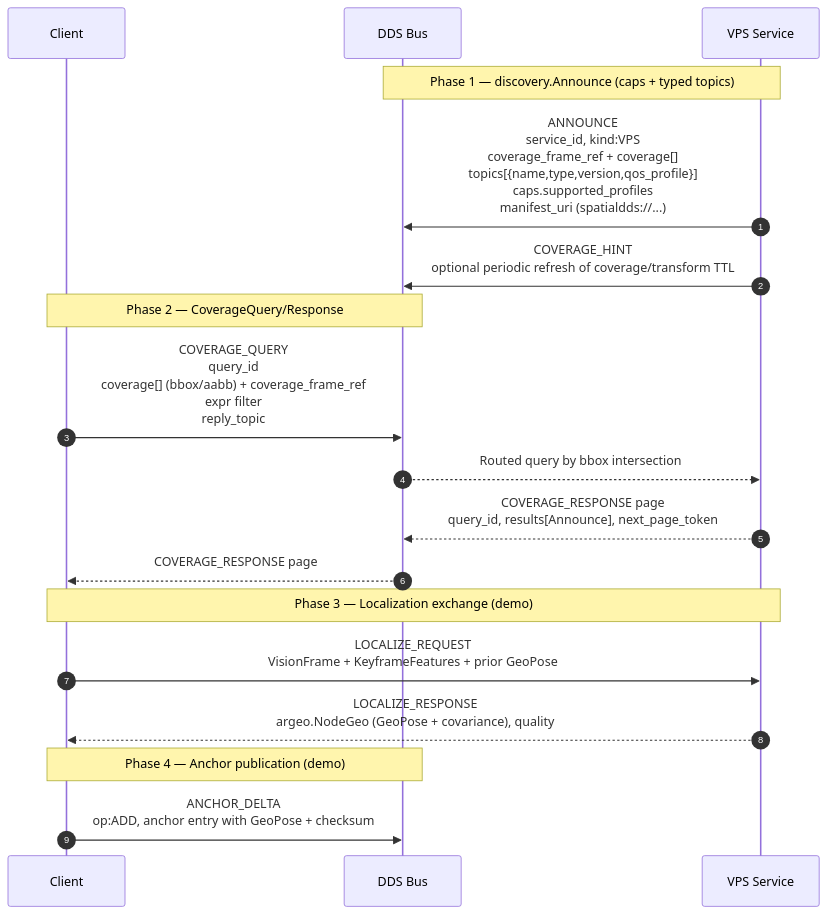
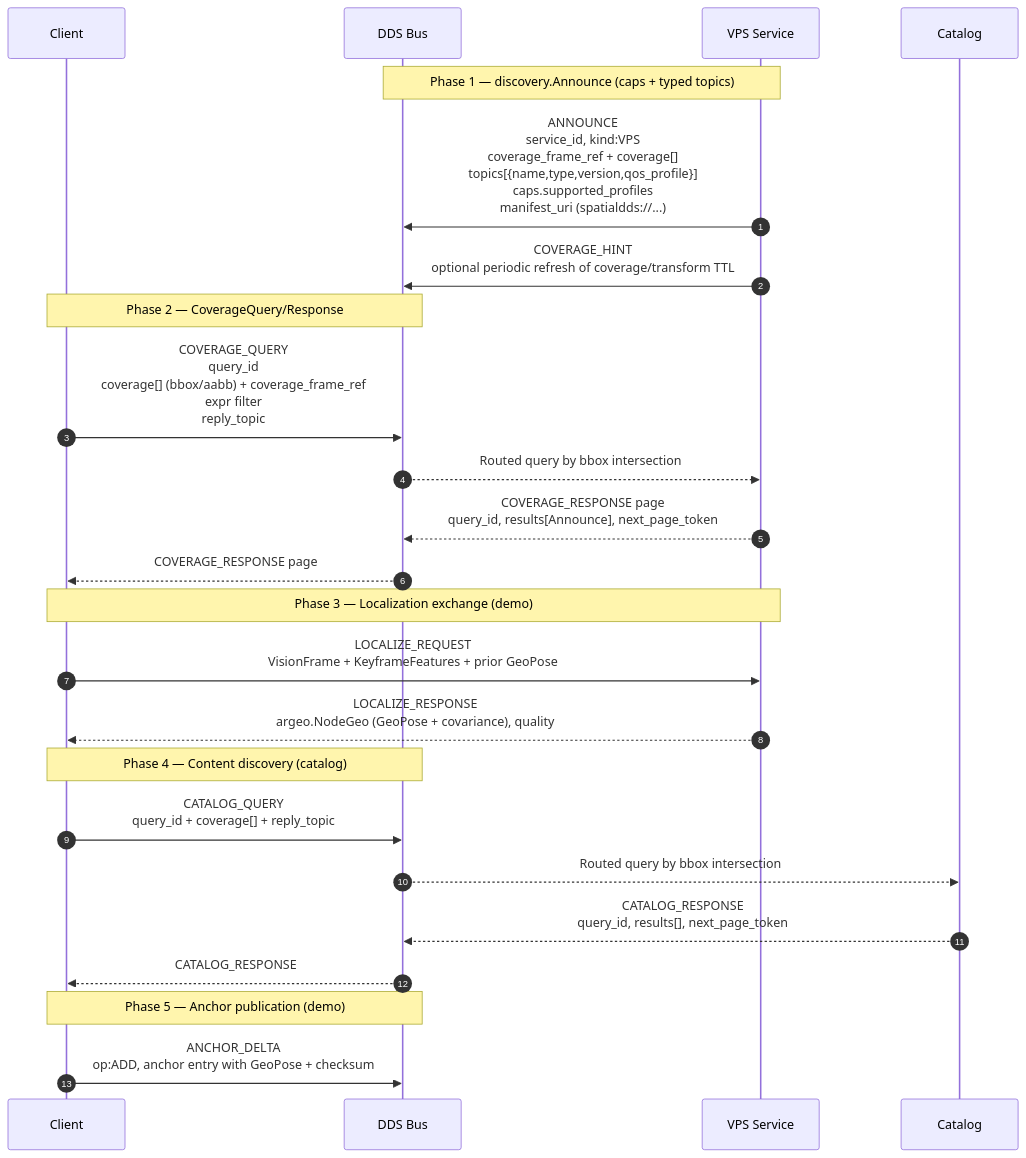
The diagram in README.md (OpenArCloud/SpatialDDS-demo), drawn with Mermaid before and after one commit. The commit also changed 5 other files, not shown here.

Commit message:
feat(discovery): latched announce + catalog in mock

````diff
--- a/README.md
+++ b/README.md
@@ -15,24 +15,30 @@
 ```mermaid
 sequenceDiagram
     autonumber
     participant Client
     participant DDS as DDS Bus
     participant VPS as VPS Service
 
     Note over VPS,DDS: Phase 1 — discovery.Announce (caps + typed topics)
     VPS->>DDS: ANNOUNCE<br/>service_id, kind:VPS<br/>coverage_frame_ref + coverage[]<br/>topics[{name,type,version,qos_profile}]<br/>caps.supported_profiles<br/>manifest_uri (spatialdds://...)
     VPS->>DDS: COVERAGE_HINT<br/>optional periodic refresh of coverage/transform TTL
 
     Note over Client,DDS: Phase 2 — CoverageQuery/Response
     Client->>DDS: COVERAGE_QUERY<br/>query_id<br/>coverage[] (bbox/aabb) + coverage_frame_ref<br/>expr filter<br/>reply_topic
     DDS-->>VPS: Routed query by bbox intersection
     VPS-->>DDS: COVERAGE_RESPONSE page<br/>query_id, results[Announce], next_page_token
     DDS-->>Client: COVERAGE_RESPONSE page
 
     Note over Client,VPS: Phase 3 — Localization exchange (demo)
     Client->>VPS: LOCALIZE_REQUEST<br/>VisionFrame + KeyframeFeatures + prior GeoPose
     VPS-->>Client: LOCALIZE_RESPONSE<br/>argeo.NodeGeo (GeoPose + covariance), quality
 
-    Note over Client,DDS: Phase 4 — Anchor publication (demo)
+    Note over Client,DDS: Phase 4 — Content discovery (catalog)
+    Client->>DDS: CATALOG_QUERY<br/>query_id + coverage[] + reply_topic
+    DDS-->>Catalog: Routed query by bbox intersection
+    Catalog-->>DDS: CATALOG_RESPONSE<br/>query_id, results[], next_page_token
+    DDS-->>Client: CATALOG_RESPONSE
+
+    Note over Client,DDS: Phase 5 — Anchor publication (demo)
     Client->>DDS: ANCHOR_DELTA<br/>op:ADD, anchor entry with GeoPose + checksum
 ```
````
